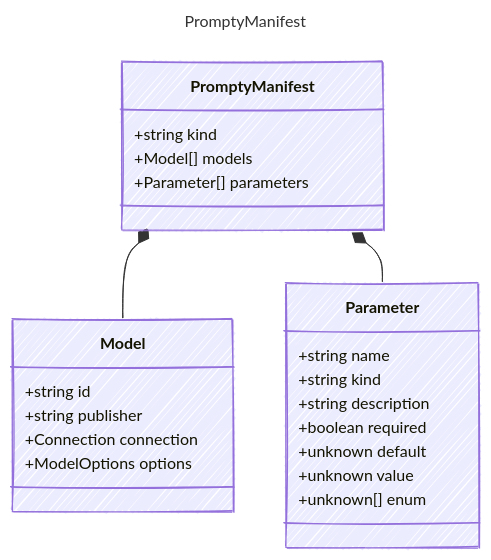
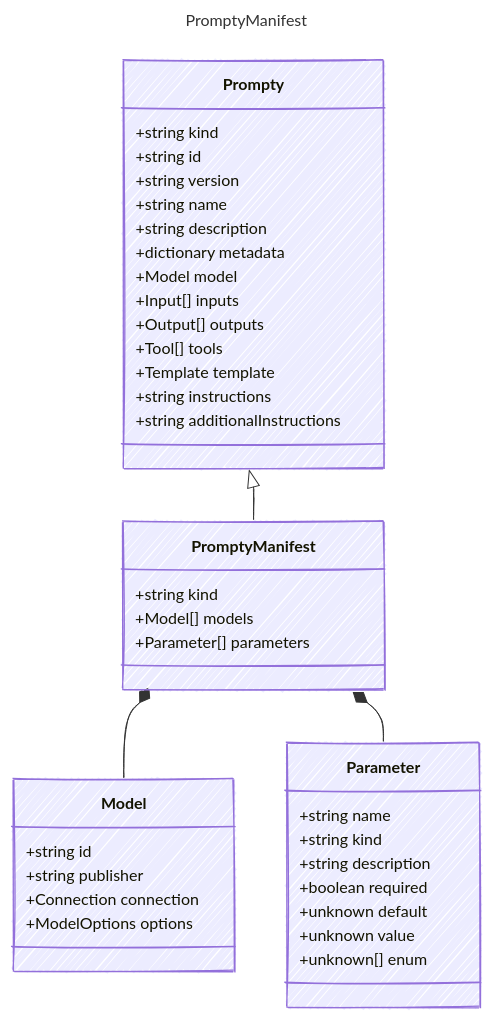
The diagram in specification/prompty/docs/PromptyManifest.md (microsoft/prompty), drawn with Mermaid before and after one commit. The commit also changed 24 other files, not shown here.

````diff
--- a/specification/prompty/docs/PromptyManifest.md
+++ b/specification/prompty/docs/PromptyManifest.md
@@ -20,34 +20,50 @@
 ```mermaid
 ---
 title: PromptyManifest
 config:
   look: handDrawn
   theme: colorful
   class:
     hideEmptyMembersBox: true
 ---
 classDiagram
+    class Prompty {
+        +string kind
+        +string id
+        +string version
+        +string name
+        +string description
+        +dictionary metadata
+        +Model model
+        +Input[] inputs
+        +Output[] outputs
+        +Tool[] tools
+        +Template template
+        +string instructions
+        +string additionalInstructions
+    }
+    Prompty <|-- PromptyManifest
     class PromptyManifest {
       
         +string kind
         +Model[] models
         +Parameter[] parameters
     }
     class Model {
         +string id
         +string publisher
         +Connection connection
         +ModelOptions options
     }
     PromptyManifest *-- Model
     class Parameter {
         +string name
         +string kind
         +string description
         +boolean required
         +unknown default
         +unknown value
         +unknown[] enum
     }
     PromptyManifest *-- Parameter
 ```
````
